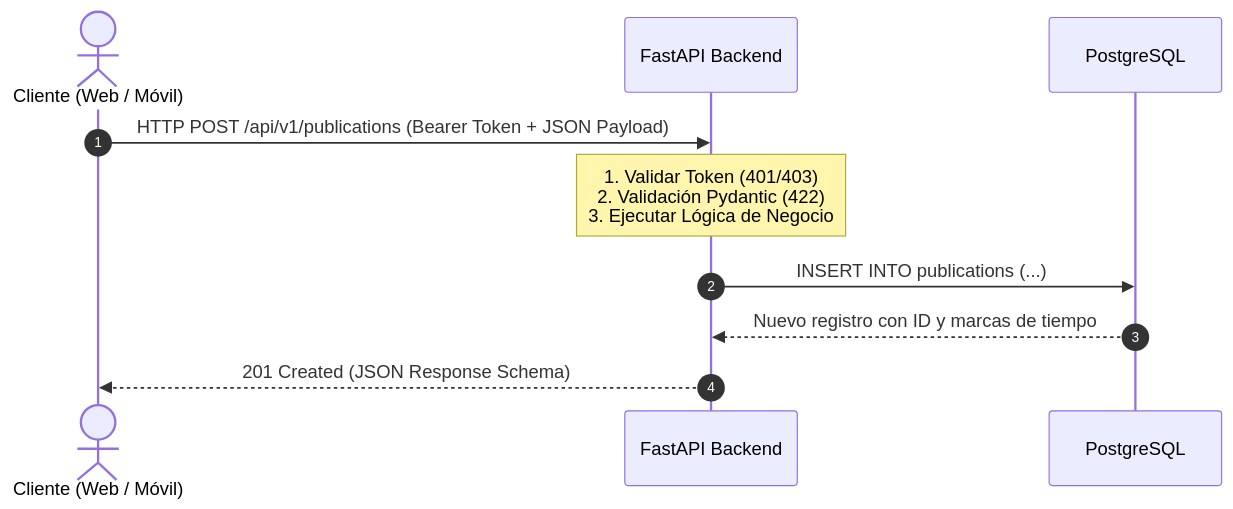
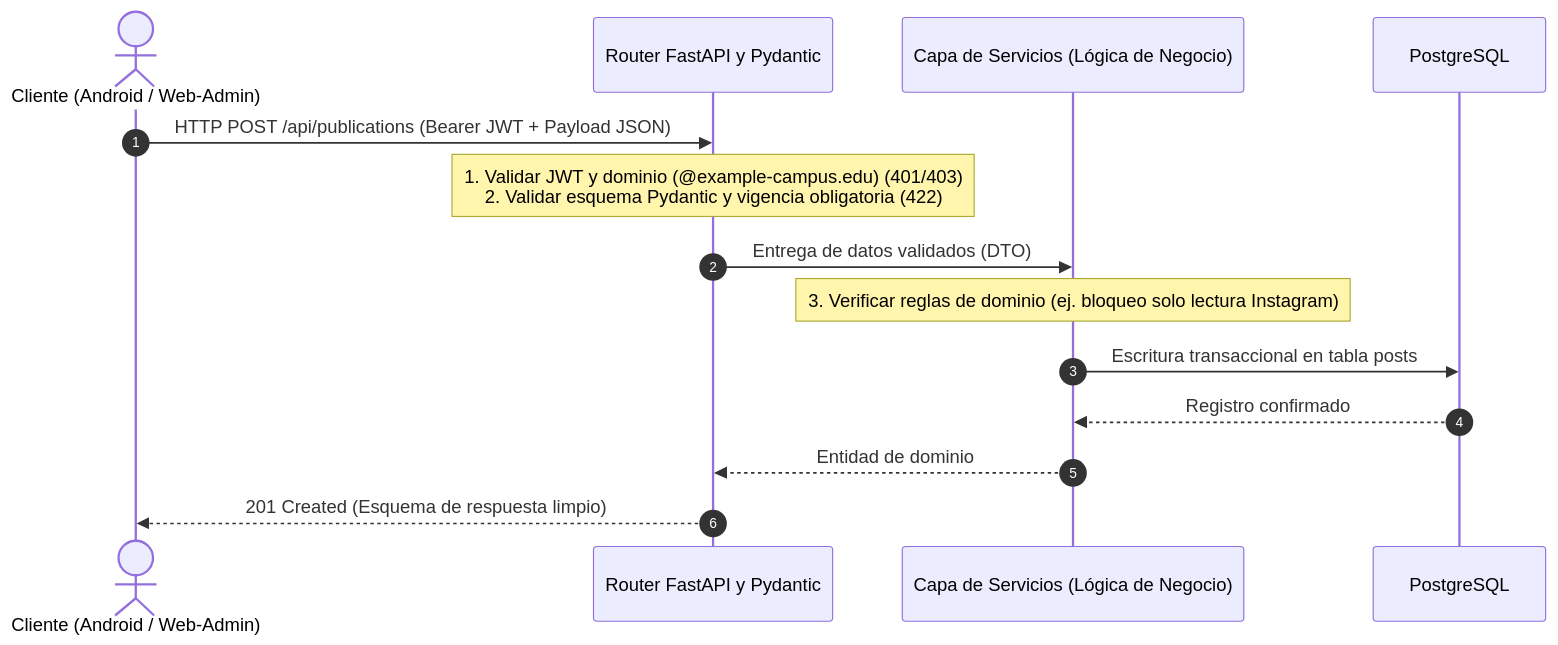
The first of 3 diagrams in content/posts/upa-campus-app-architecture-part-5/index.es.md (Pascal-Thommen/pascal-thommen.github.io), drawn with Mermaid before and after one commit. The commit also changed other lines of this file and 20 other files, not shown here.

Commit message:
feat(posts): refine UPA Campus App architecture series with holistic webapp mental model and specification depth

````diff
--- a/content/posts/upa-campus-app-architecture-part-5/index.es.md
+++ b/content/posts/upa-campus-app-architecture-part-5/index.es.md
@@ -28,13 +33,17 @@
 ```mermaid
 sequenceDiagram
     autonumber
-    actor Client as Cliente (Web / Móvil)
-    participant API as FastAPI Backend
+    actor Client as Cliente (Android / Web-Admin)
+    participant API as Router FastAPI y Pydantic
+    participant Service as Capa de Servicios (Lógica de Negocio)
     participant DB as PostgreSQL
 
-    Client->>API: HTTP POST /api/v1/publications (Bearer Token + JSON Payload)
-    Note over API: 1. Validar Token (401/403)<br/>2. Validación Pydantic (422)<br/>3. Ejecutar Lógica de Negocio
-    API->>DB: INSERT INTO publications (...)
-    DB-->>API: Nuevo registro con ID y marcas de tiempo
-    API-->>Client: 201 Created (JSON Response Schema)
+    Client->>API: HTTP POST /api/publications (Bearer JWT + Payload JSON)
+    Note over API: 1. Validar JWT y dominio (@example-campus.edu) (401/403)<br/>2. Validar esquema Pydantic y vigencia obligatoria (422)
+    API->>Service: Entrega de datos validados (DTO)
+    Note over Service: 3. Verificar reglas de dominio (ej. bloqueo solo lectura Instagram)
+    Service->>DB: Escritura transaccional en tabla posts
+    DB-->>Service: Registro confirmado
+    Service-->>API: Entidad de dominio
+    API-->>Client: 201 Created (Esquema de respuesta limpio)
 ```
````
